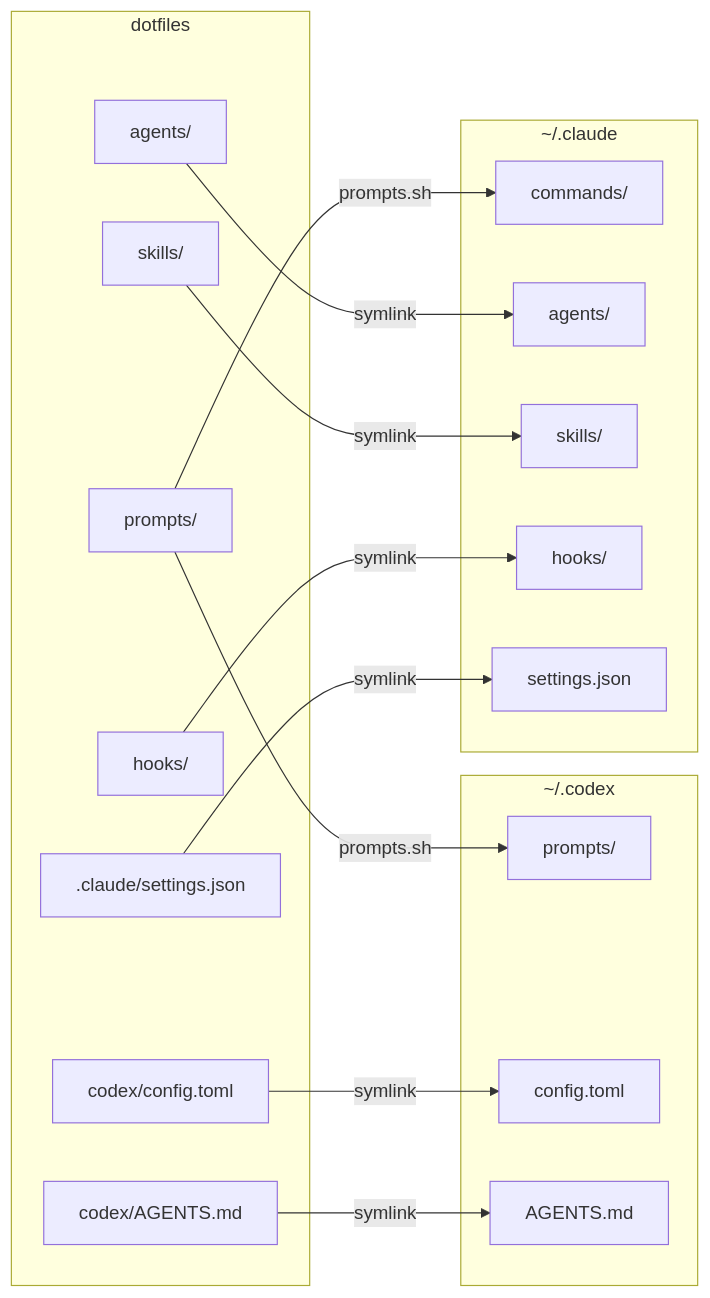
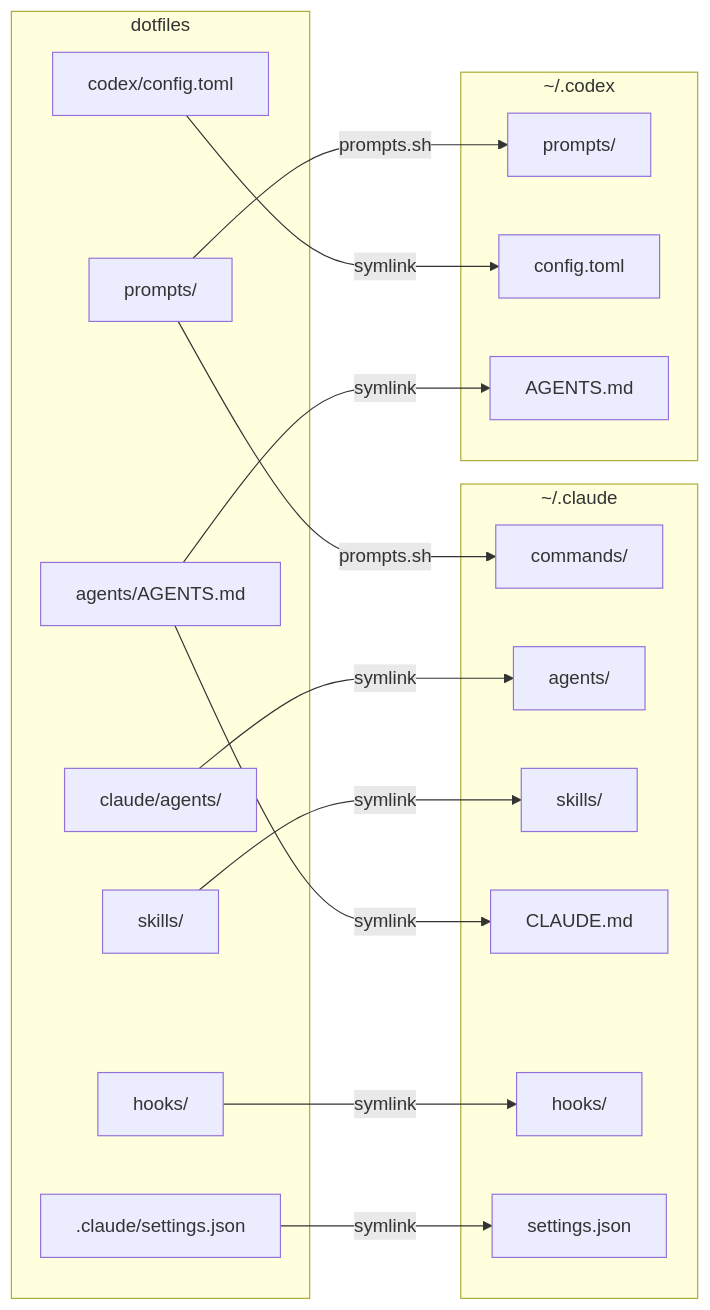
One commit to uuta/dotfiles changed the diagram in README.md. Above: the diagram before and after it, drawn with Mermaid. The commit also changed other lines of this file and 6 other files, not shown here.

````diff
--- a/README.md
+++ b/README.md
@@ -52,35 +53,37 @@
 ```mermaid
 graph LR
     subgraph dotfiles
         P[prompts/]
-        A[agents/]
+        A[claude/agents/]
         S[skills/]
         H[hooks/]
         D[codex/config.toml]
-        E[codex/AGENTS.md]
+        E[agents/AGENTS.md]
         C[.claude/settings.json]
     end
 
     subgraph "~/.codex"
         CP[prompts/]
         CX[config.toml]
         CG[AGENTS.md]
     end
 
     subgraph "~/.claude"
         CC[commands/]
         CA[agents/]
         CS[skills/]
+        CM[CLAUDE.md]
         CH[hooks/]
         CJ[settings.json]
     end
 
     P -->|prompts.sh| CP
     P -->|prompts.sh| CC
     A -->|symlink| CA
     S -->|symlink| CS
     H -->|symlink| CH
     D -->|symlink| CX
     E -->|symlink| CG
+    E -->|symlink| CM
     C -->|symlink| CJ
 ```
````
